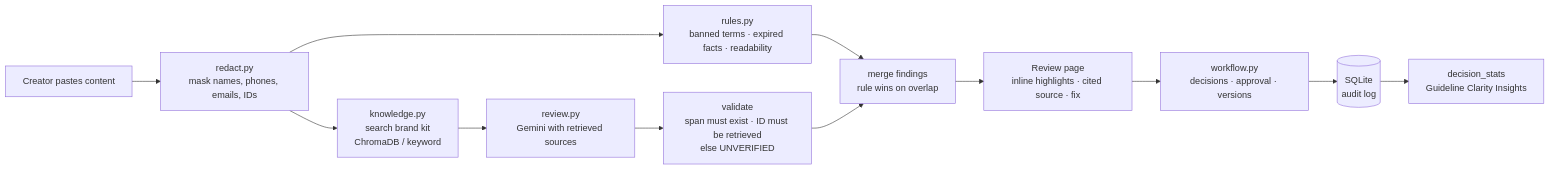
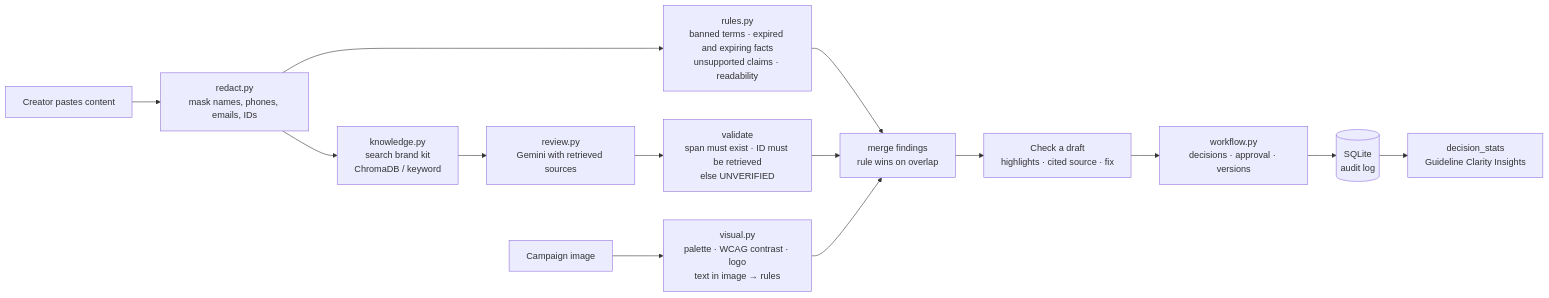
One commit to Surajrana-git/Inkwise.ai changed the diagram in docs/architecture.md. Above: the diagram before and after it, drawn with Mermaid. The commit also changed other lines of this file and 1 other file, not shown here.

Commit message:
Docs: architecture brought up to Round 3; testing lists the claims rule and workspaces

````diff
--- a/docs/architecture.md
+++ b/docs/architecture.md
@@ -14,14 +14,16 @@
 ```mermaid
 flowchart LR
     A[Creator pastes content] --> R[redact.py<br/>mask names, phones, emails, IDs]
-    R --> RU[rules.py<br/>banned terms · expired facts · readability]
+    R --> RU[rules.py<br/>banned terms · expired and expiring facts<br/>unsupported claims · readability]
     R --> K[knowledge.py<br/>search brand kit<br/>ChromaDB / keyword]
     K --> G[review.py<br/>Gemini with retrieved sources]
     G --> V[validate<br/>span must exist · ID must be retrieved<br/>else UNVERIFIED]
     RU --> M[merge findings<br/>rule wins on overlap]
     V --> M
-    M --> UI[Review page<br/>inline highlights · cited source · fix]
+    IMG[Campaign image] --> VI[visual.py<br/>palette · WCAG contrast · logo<br/>text in image → rules]
+    VI --> M
+    M --> UI[Check a draft<br/>highlights · cited source · fix]
     UI --> W[workflow.py<br/>decisions · approval · versions]
     W --> DB[(SQLite<br/>audit log)]
     DB --> I[decision_stats<br/>Guideline Clarity Insights]
 ```
````
